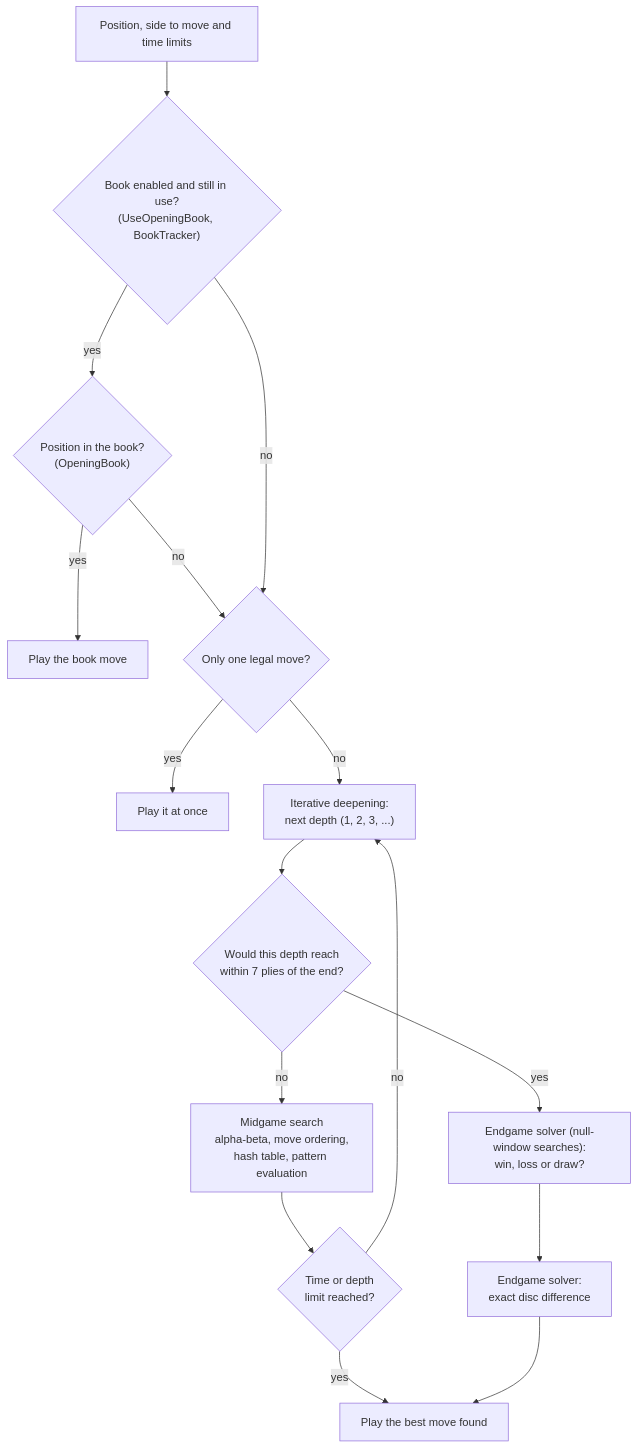
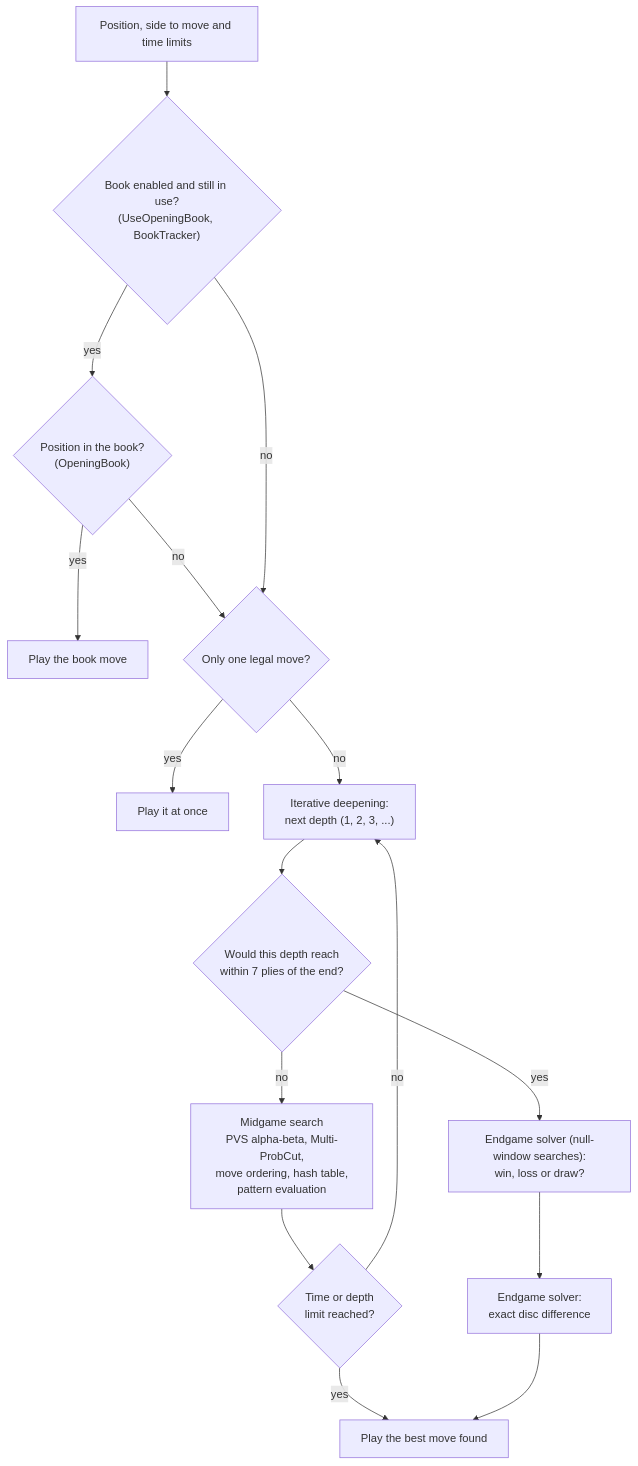
The diagram in docs/brain/README.md (cjp-dev/Stello), drawn with Mermaid before and after one commit. The commit also changed other lines of this file and 2 other files, not shown here.

````diff
--- a/docs/brain/README.md
+++ b/docs/brain/README.md
@@ -17,18 +27,18 @@
 ```mermaid
 flowchart TD
     Start["Position, side to move and time limits"] --> Tracker{"Book enabled and still in use?<br/>(UseOpeningBook, BookTracker)"}
     Tracker -- "yes" --> Book{"Position in the book?<br/>(OpeningBook)"}
     Book -- "yes" --> BookMove["Play the book move"]
     Book -- "no" --> Single
     Tracker -- "no" --> Single{"Only one legal move?"}
     Single -- "yes" --> Play["Play it at once"]
     Single -- "no" --> Next["Iterative deepening:<br/>next depth (1, 2, 3, ...)"]
     Next --> Near{"Would this depth reach<br/>within 7 plies of the end?"}
-    Near -- "no" --> Midgame["Midgame search<br/>alpha-beta, move ordering,<br/>hash table, pattern evaluation"]
+    Near -- "no" --> Midgame["Midgame search<br/>PVS alpha-beta, Multi-ProbCut,<br/>move ordering, hash table,<br/>pattern evaluation"]
     Midgame --> Limit{"Time or depth<br/>limit reached?"}
     Limit -- "no" --> Next
     Limit -- "yes" --> Best["Play the best move found"]
     Near -- "yes" --> WLD["Endgame solver (null-window searches):<br/>win, loss or draw?"]
     WLD --> Exact["Endgame solver:<br/>exact disc difference"]
     Exact --> Best
 ```
````
